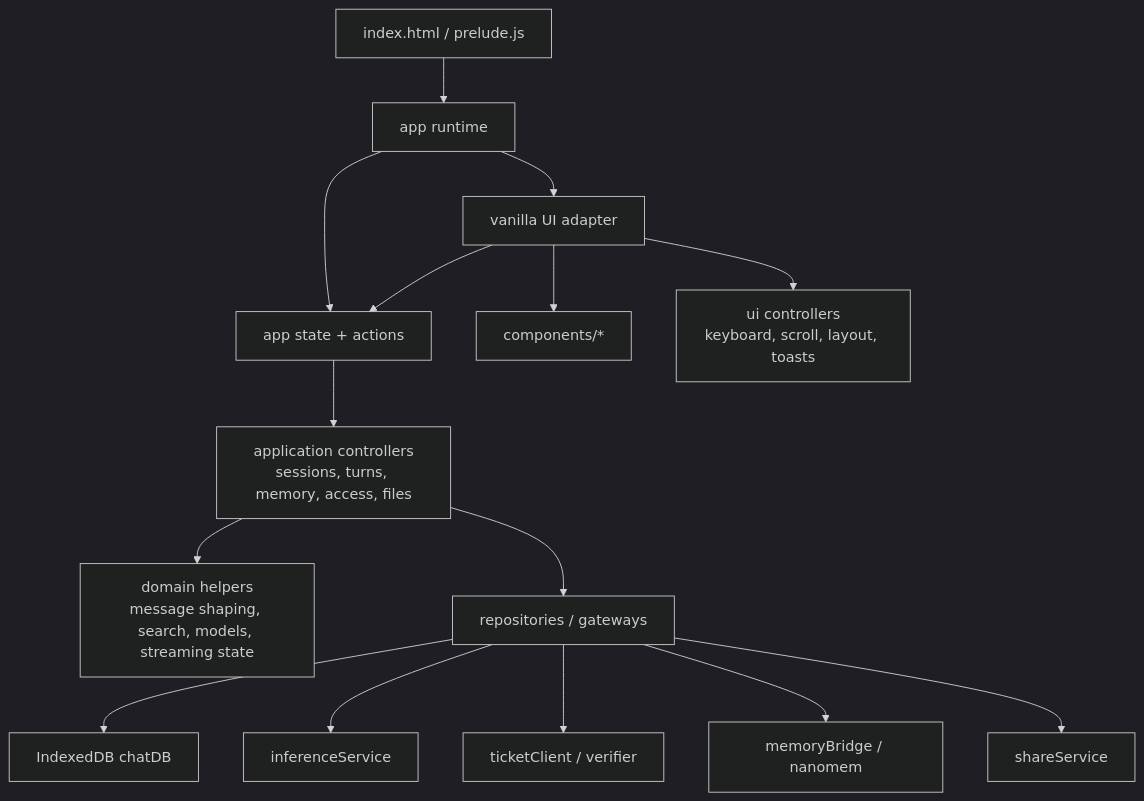
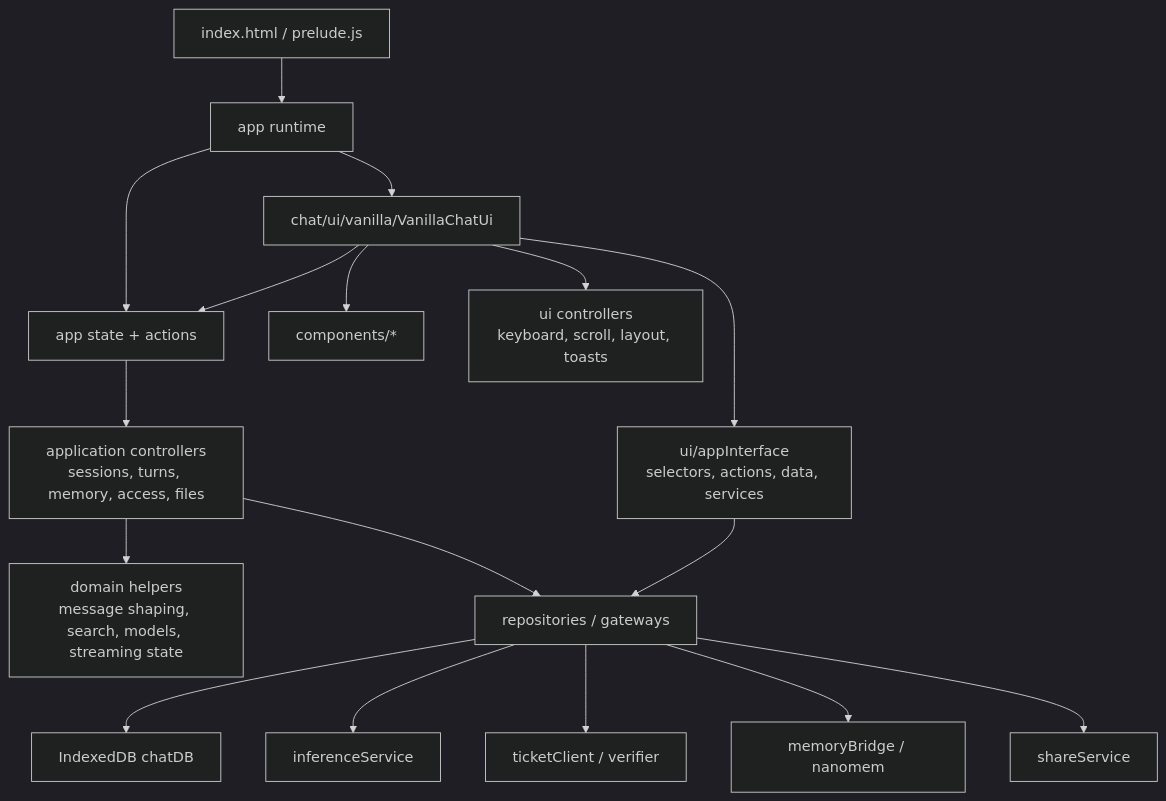
Before and after one commit to OpenAnonymity/oa-chat: the diagram in docs/FRONTEND_ARCHITECTURE.md, drawn with Mermaid (dark theme). The commit also changed other lines of this file and 15 other files, not shown here.

````diff
--- a/docs/FRONTEND_ARCHITECTURE.md
+++ b/docs/FRONTEND_ARCHITECTURE.md
@@ -10,20 +10,22 @@
 ```mermaid
 flowchart TB
     Browser["index.html / prelude.js"] --> Runtime["app runtime"]
     Runtime --> Store["app state + actions"]
-    Runtime --> UI["vanilla UI adapter"]
+    Runtime --> UI["chat/ui/vanilla/VanillaChatUi"]
 
     UI --> Components["components/*"]
+    UI --> Ports["ui/appInterface\nselectors, actions, data, services"]
     UI --> UiEffects["ui controllers\nkeyboard, scroll, layout, toasts"]
     UI --> Store
 
     Store --> Controllers["application controllers\nsessions, turns, memory, access, files"]
     Controllers --> Domain["domain helpers\nmessage shaping, search, models, streaming state"]
     Controllers --> Repos["repositories / gateways"]
+    Ports --> Repos
 
     Repos --> DB["IndexedDB chatDB"]
     Repos --> Inference["inferenceService"]
     Repos --> Tickets["ticketClient / verifier"]
     Repos --> Memory["memoryBridge / nanomem"]
     Repos --> Share["shareService"]
 ```
````
